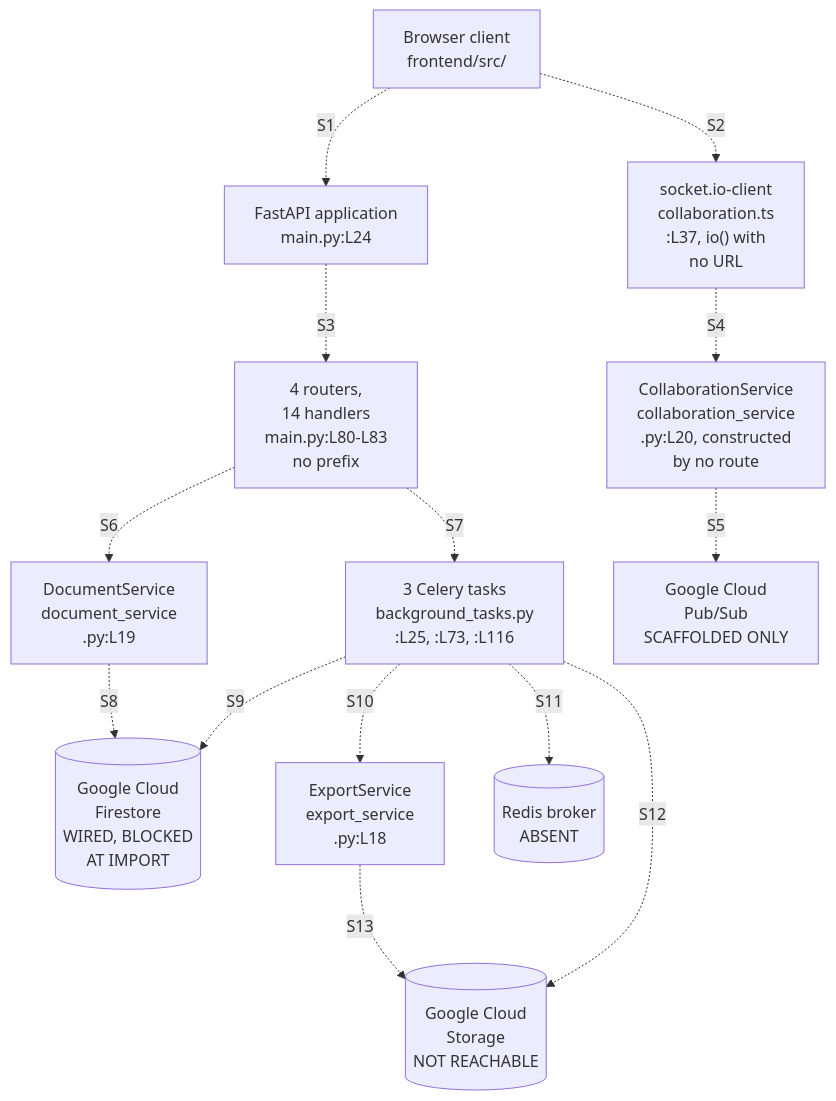
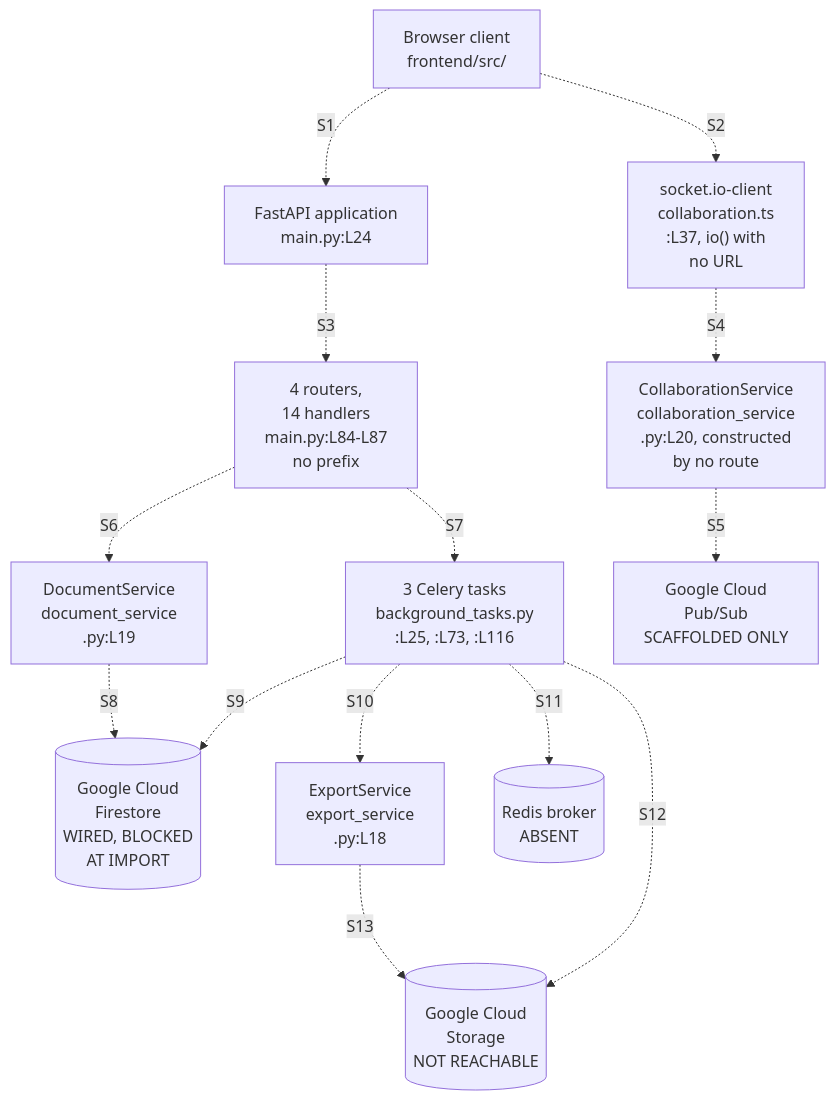
Before and after one commit to blitzy-public-samples/microsoft-word-u33ko0: the diagram in docs/integration-guide.md, drawn with Mermaid. The commit also changed other lines of this file and 27 other files, not shown here.

````diff
--- a/docs/integration-guide.md
+++ b/docs/integration-guide.md
@@ -122,36 +122,36 @@
 ```mermaid
 graph TD
     accTitle: The integration map, annotated with reachability
     accDescr: Every edge is dashed because no seam carries traffic today. Each edge carries a seam key. The seam table below the diagram names the calls the code writes and the barriers in front of them.
     BROWSER["Browser client<br/>frontend/src/"]
     SOCK["socket.io-client<br/>collaboration.ts<br/>:L37, io() with<br/>no URL"]
     APP["FastAPI application<br/>main.py:L24"]
-    ROUTERS["4 routers,<br/>14 handlers<br/>main.py:L80-L83<br/>no prefix"]
+    ROUTERS["4 routers,<br/>14 handlers<br/>main.py:L84-L87<br/>no prefix"]
     COLSVC["CollaborationService<br/>collaboration_service<br/>.py:L20, constructed<br/>by no route"]
     DOCSVC["DocumentService<br/>document_service<br/>.py:L19"]
     TASKS["3 Celery tasks<br/>background_tasks.py<br/>:L25, :L73, :L116"]
     EXPSVC["ExportService<br/>export_service<br/>.py:L18"]
 
     FS[("Google Cloud<br/>Firestore<br/>WIRED, BLOCKED<br/>AT IMPORT")]
     GCS[("Google Cloud<br/>Storage<br/>NOT REACHABLE")]
     PS["Google Cloud<br/>Pub/Sub<br/>SCAFFOLDED ONLY"]
     REDIS[("Redis broker<br/>ABSENT")]
 
     BROWSER -.->|"S1"| APP
     BROWSER -.->|"S2"| SOCK
     APP -.->|"S3"| ROUTERS
     SOCK -.->|"S4"| COLSVC
     COLSVC -.->|"S5"| PS
     ROUTERS -.->|"S6"| DOCSVC
     ROUTERS -.->|"S7"| TASKS
     DOCSVC -.->|"S8"| FS
     TASKS -.->|"S9"| FS
     TASKS -.->|"S10"| EXPSVC
     TASKS -.->|"S11"| REDIS
     TASKS -.->|"S12"| GCS
     EXPSVC -.->|"S13"| GCS
 
 %% Every edge is dashed, because no seam is complete. Each edge carries a seam key. The seam
 %% table below names the call the code writes and the barriers in front of it. Some of those
 %% barriers outlast repairing the import chain and the undeclared settings.
 ```
````
